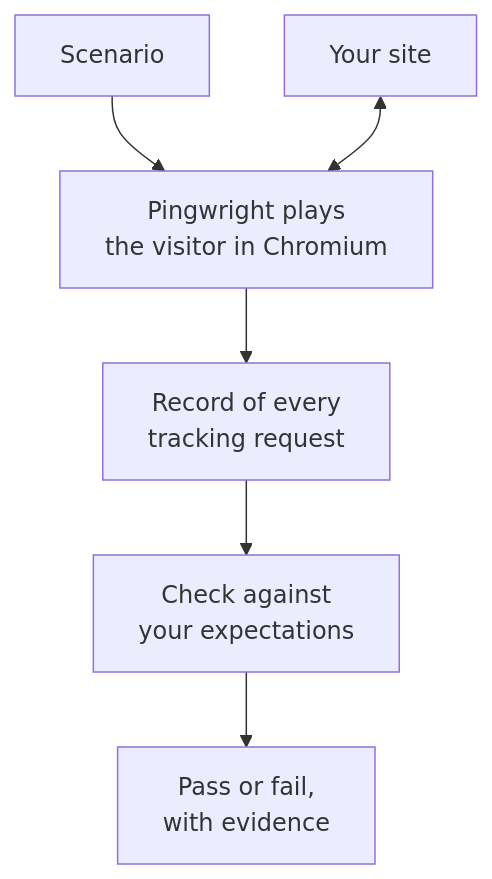
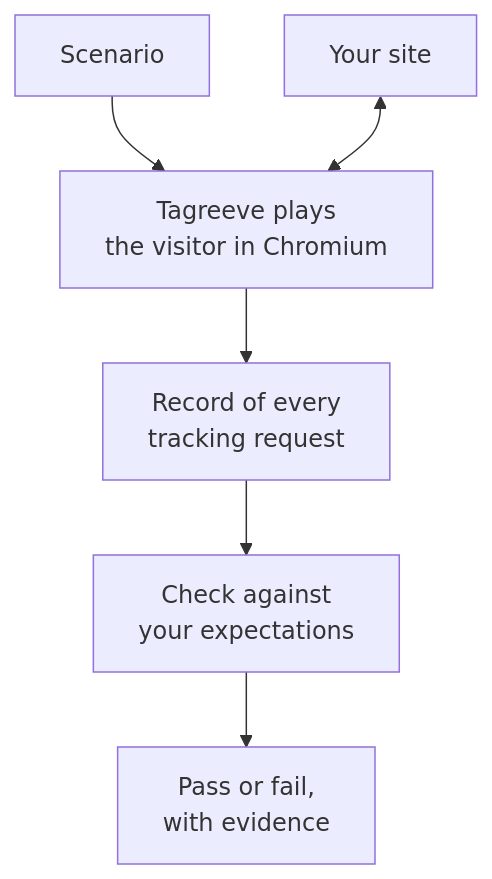
The first of 3 diagrams in docs/guide/what-it-checks.md (alfhen/pingwright), drawn with Mermaid before and after one commit. The commit also changed other lines of this file and 174 other files, not shown here.

First line of the commit message:
Rename Pingwright to Tagreeve

````diff
--- a/docs/guide/what-it-checks.md
+++ b/docs/guide/what-it-checks.md
@@ -11,8 +11,8 @@
 ```mermaid
 flowchart TB
-  scenario["Scenario"] --> browser["Pingwright plays<br/>the visitor in Chromium"]
+  scenario["Scenario"] --> browser["Tagreeve plays<br/>the visitor in Chromium"]
   site["Your site"] <--> browser
   browser --> record["Record of every<br/>tracking request"]
   record --> check["Check against<br/>your expectations"]
   check --> result["Pass or fail,<br/>with evidence"]
 ```
````
